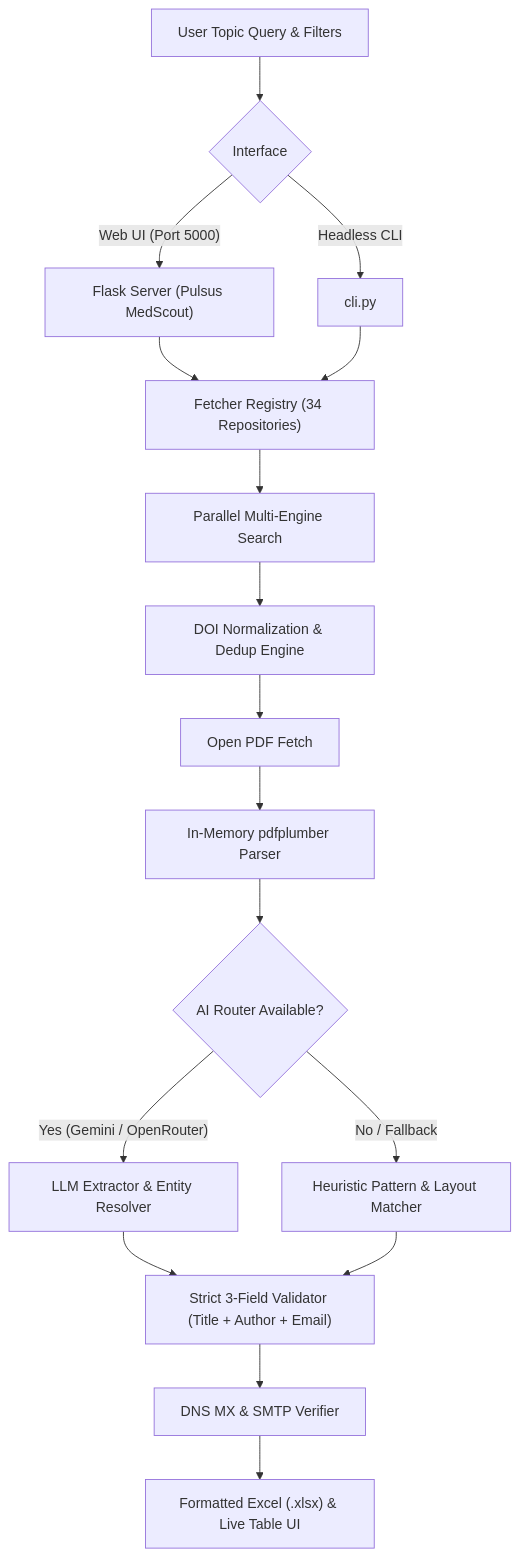
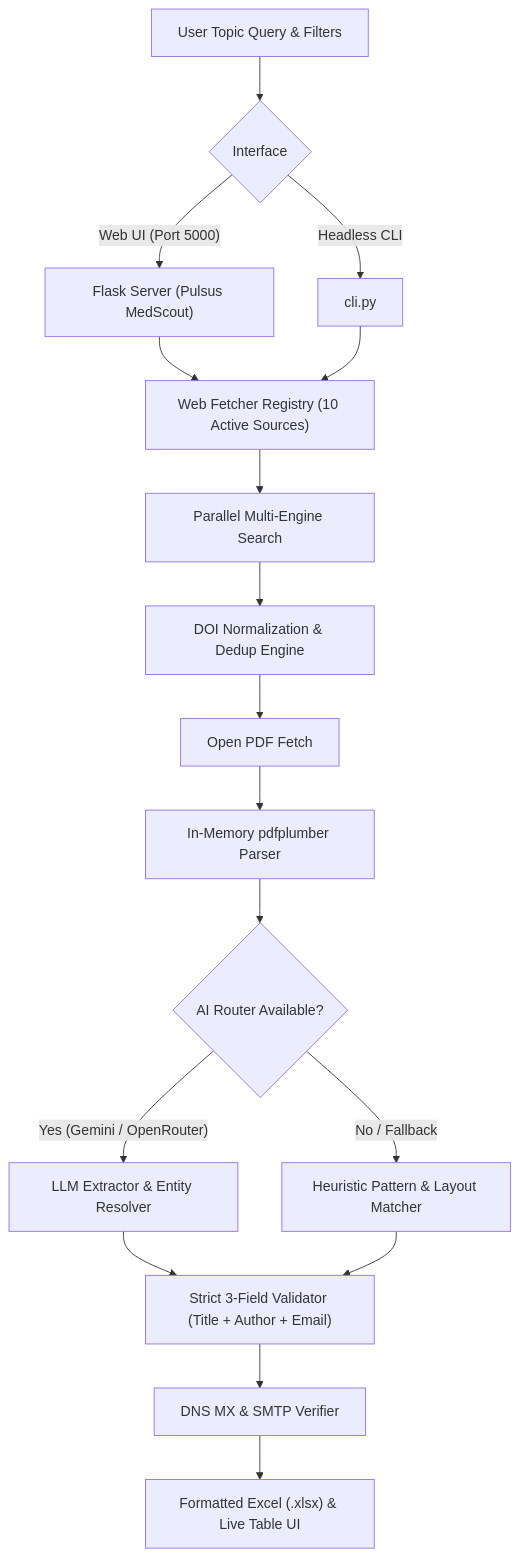
One commit to Nitro-Builds-Yash/Pulsus-MedScout changed the diagram in README.md. Above: the diagram before and after it, drawn with Mermaid. The commit also changed other lines of this file and 9 other files, not shown here.

````diff
--- a/README.md
+++ b/README.md
@@ -76,23 +54,23 @@
 ```mermaid
 flowchart TD
     A["User Topic Query & Filters"] --> B{"Interface"}
     B -->|"Web UI (Port 5000)"| C["Flask Server (Pulsus MedScout)"]
     B -->|"Headless CLI"| D["cli.py"]
     
-    C --> E["Fetcher Registry (34 Repositories)"]
+    C --> E["Web Fetcher Registry (10 Active Sources)"]
     D --> E
     
     E --> F["Parallel Multi-Engine Search"]
     F --> G["DOI Normalization & Dedup Engine"]
     G --> H["Open PDF Fetch"]
     H --> I["In-Memory pdfplumber Parser"]
     
     I --> J{"AI Router Available?"}
     J -->|"Yes (Gemini / OpenRouter)"| K["LLM Extractor & Entity Resolver"]
     J -->|"No / Fallback"| L["Heuristic Pattern & Layout Matcher"]
     
     K --> M["Strict 3-Field Validator (Title + Author + Email)"]
     L --> M
     M --> N["DNS MX & SMTP Verifier"]
     N --> O["Formatted Excel (.xlsx) & Live Table UI"]
 ```
````
